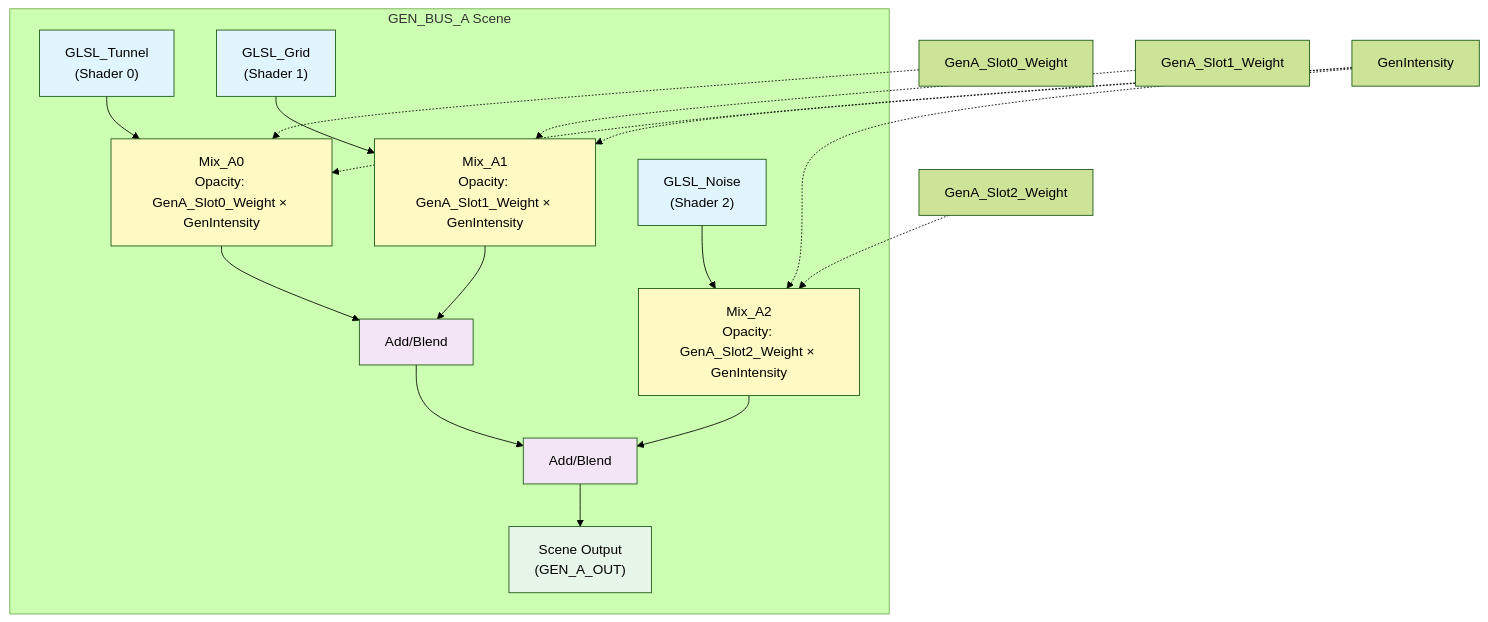
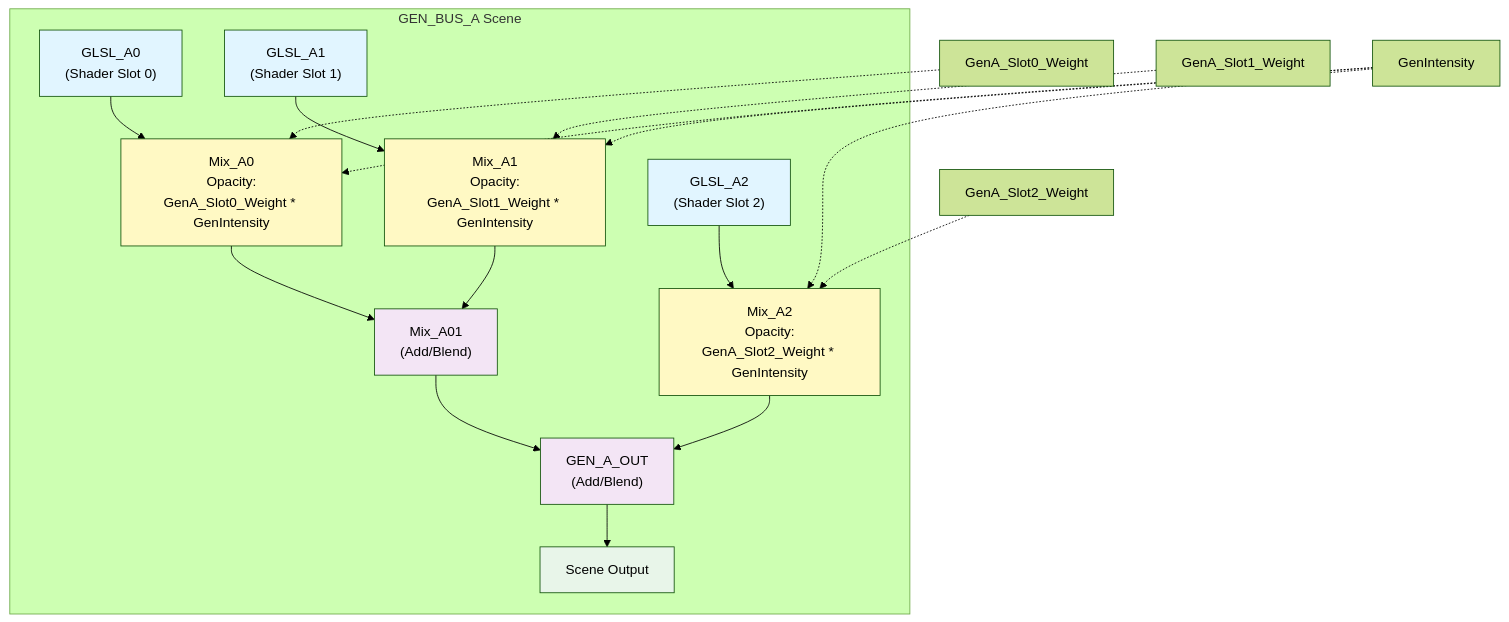
One commit to abossard/synesthesia-visuals changed diagram 14 of 17 in docs/mmv-master-pipeline-guide.md. Above: the diagram before and after it, drawn with Mermaid (forest theme). The commit also changed other lines of this file, not shown here.

````diff
--- a/docs/mmv-master-pipeline-guide.md
+++ b/docs/mmv-master-pipeline-guide.md
@@ -731,32 +780,32 @@
 ```mermaid
 flowchart TD
     subgraph GEN_A["GEN_BUS_A Scene"]
-        SHADER_A0["GLSL_Tunnel<br/>(Shader 0)"] --> MIX_A0["Mix_A0<br/>Opacity: GenA_Slot0_Weight × GenIntensity"]
-        SHADER_A1["GLSL_Grid<br/>(Shader 1)"] --> MIX_A1["Mix_A1<br/>Opacity: GenA_Slot1_Weight × GenIntensity"]
-        SHADER_A2["GLSL_Noise<br/>(Shader 2)"] --> MIX_A2["Mix_A2<br/>Opacity: GenA_Slot2_Weight × GenIntensity"]
+        SHADER_A0["GLSL_A0<br/>(Shader Slot 0)"] --> MIX_A0["Mix_A0<br/>Opacity:<br/>GenA_Slot0_Weight * GenIntensity"]
+        SHADER_A1["GLSL_A1<br/>(Shader Slot 1)"] --> MIX_A1["Mix_A1<br/>Opacity:<br/>GenA_Slot1_Weight * GenIntensity"]
+        SHADER_A2["GLSL_A2<br/>(Shader Slot 2)"] --> MIX_A2["Mix_A2<br/>Opacity:<br/>GenA_Slot2_Weight * GenIntensity"]
         
-        MIX_A0 --> BLEND_A1["Add/Blend"]
-        MIX_A1 --> BLEND_A1
-        BLEND_A1 --> BLEND_A2["Add/Blend"]
-        MIX_A2 --> BLEND_A2
+        MIX_A0 --> MIX_A01["Mix_A01<br/>(Add/Blend)"]
+        MIX_A1 --> MIX_A01
+        MIX_A01 --> GEN_A_OUT["GEN_A_OUT<br/>(Add/Blend)"]
+        MIX_A2 --> GEN_A_OUT
         
-        BLEND_A2 --> OUTPUT_A["Scene Output<br/>(GEN_A_OUT)"]
+        GEN_A_OUT --> OUTPUT_A["Scene Output"]
     end
     
     SLOT0_W["GenA_Slot0_Weight"] -.-> MIX_A0
     SLOT1_W["GenA_Slot1_Weight"] -.-> MIX_A1
     SLOT2_W["GenA_Slot2_Weight"] -.-> MIX_A2
-    GEN_INT_A["GenIntensity"] -.-> MIX_A0
-    GEN_INT_A -.-> MIX_A1
-    GEN_INT_A -.-> MIX_A2
+    GEN_INT["GenIntensity"] -.-> MIX_A0
+    GEN_INT -.-> MIX_A1
+    GEN_INT -.-> MIX_A2
     
     style SHADER_A0 fill:#e1f5ff
     style SHADER_A1 fill:#e1f5ff
     style SHADER_A2 fill:#e1f5ff
     style MIX_A0 fill:#fff9c4
     style MIX_A1 fill:#fff9c4
     style MIX_A2 fill:#fff9c4
-    style BLEND_A1 fill:#f3e5f5
-    style BLEND_A2 fill:#f3e5f5
+    style MIX_A01 fill:#f3e5f5
+    style GEN_A_OUT fill:#f3e5f5
     style OUTPUT_A fill:#e8f5e9
 ```
````
